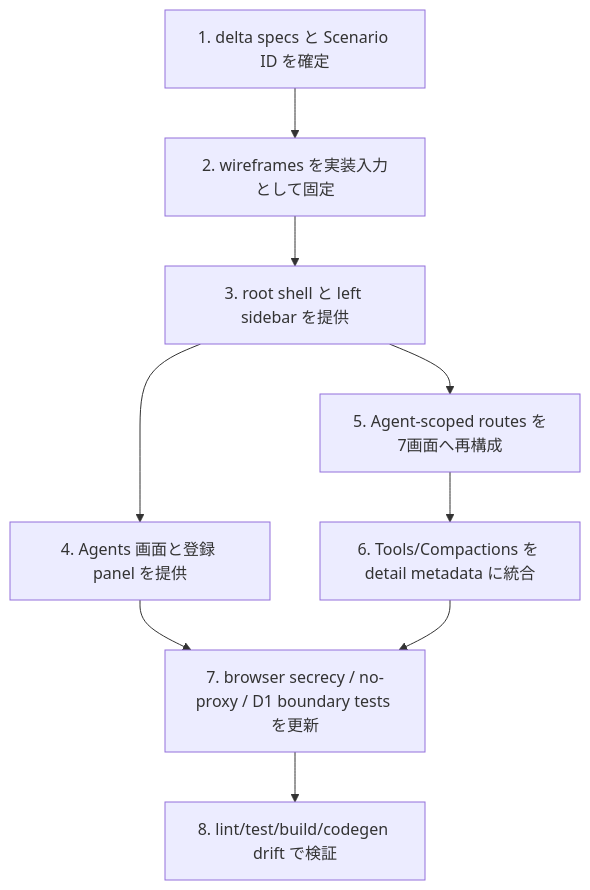
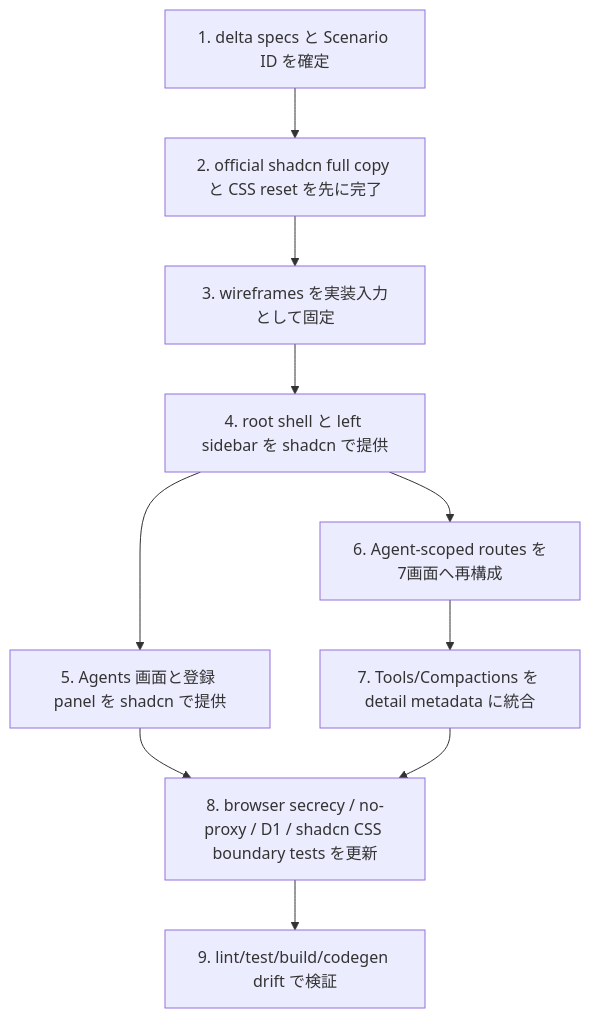
Before and after one commit to Suzlun/cf-tamac: the sixth of 6 diagrams in openspec/changes/redesign-management-client-ui/design.md, drawn with Mermaid. The commit also changed other lines of this file and 18 other files, not shown here.

````diff
--- a/openspec/changes/redesign-management-client-ui/design.md
+++ b/openspec/changes/redesign-management-client-ui/design.md
@@ -321,11 +356,12 @@
 ```mermaid
 flowchart TD
-  T1[1. delta specs と Scenario ID を確定] --> T2[2. wireframes を実装入力として固定]
-  T2 --> T3[3. root shell と left sidebar を提供]
-  T3 --> T4[4. Agents 画面と登録 panel を提供]
-  T3 --> T5[5. Agent-scoped routes を7画面へ再構成]
-  T5 --> T6[6. Tools/Compactions を detail metadata に統合]
-  T4 --> T7[7. browser secrecy / no-proxy / D1 boundary tests を更新]
-  T6 --> T7
-  T7 --> T8[8. lint/test/build/codegen drift で検証]
+  T1[1. delta specs と Scenario ID を確定] --> T2[2. official shadcn full copy と CSS reset を先に完了]
+  T2 --> T3[3. wireframes を実装入力として固定]
+  T3 --> T4[4. root shell と left sidebar を shadcn で提供]
+  T4 --> T5[5. Agents 画面と登録 panel を shadcn で提供]
+  T4 --> T6[6. Agent-scoped routes を7画面へ再構成]
+  T6 --> T7[7. Tools/Compactions を detail metadata に統合]
+  T5 --> T8[8. browser secrecy / no-proxy / D1 / shadcn CSS boundary tests を更新]
+  T7 --> T8
+  T8 --> T9[9. lint/test/build/codegen drift で検証]
 ```
````
